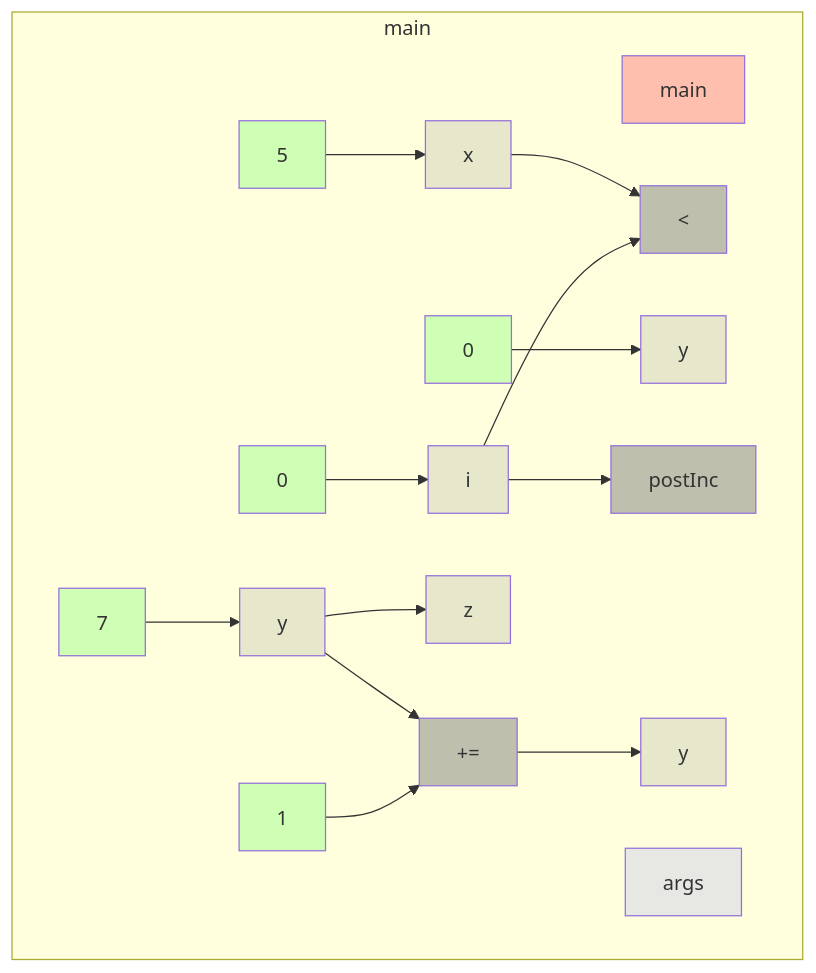
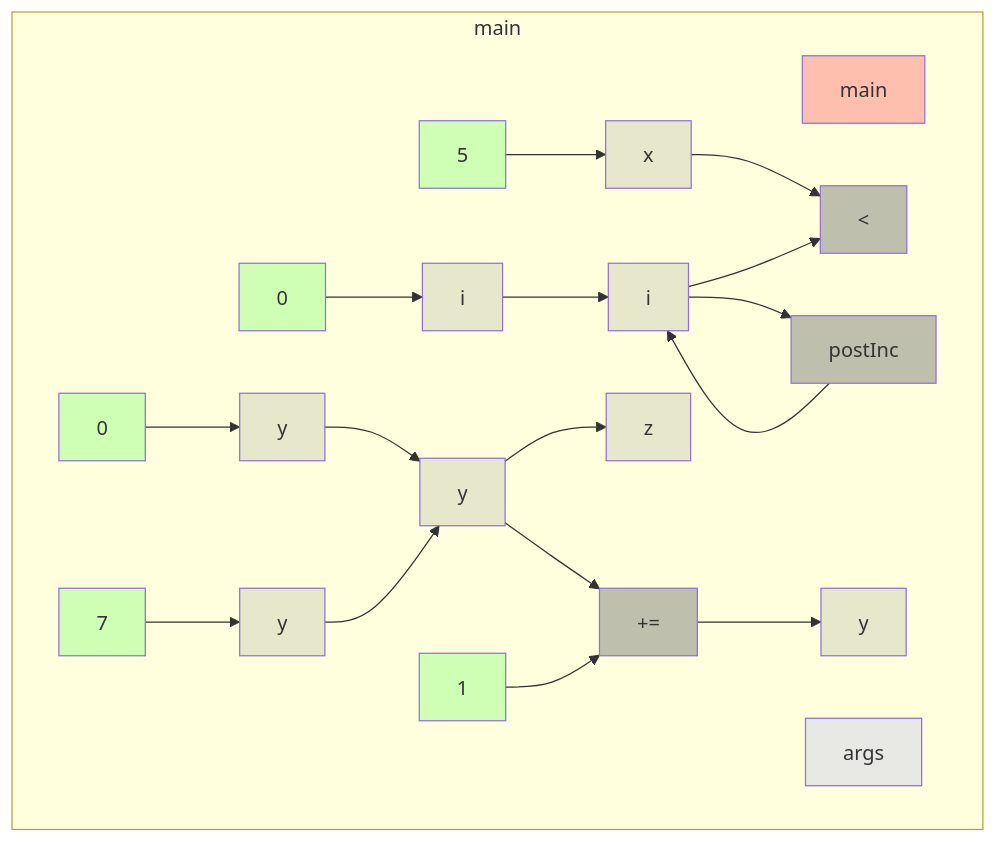
One commit to gstiebler/codeflow changed the diagram in app/src/test/resources/forLoop/truth.md. Above: the diagram before and after it, drawn with Mermaid. The commit also changed 9 other files, not shown here.

````diff
--- a/app/src/test/resources/forLoop/truth.md
+++ b/app/src/test/resources/forLoop/truth.md
@@ -1,39 +1,45 @@
 ```mermaid
 flowchart TD
   subgraph b0["main"]
     n1[main]:::RETURN
     n2[args]:::FUNC_PARAM
     n3[5]:::LITERAL
     n4[x]:::VARIABLE
     n5[0]:::LITERAL
     n6[y]:::VARIABLE
     n7[0]:::LITERAL
     n8[i]:::VARIABLE
-    n9[<]:::BIN_OP
-    n10[postInc]:::BIN_OP
-    n11[7]:::LITERAL
-    n12[y]:::VARIABLE
-    n13[z]:::VARIABLE
-    n14[1]:::LITERAL
-    n15[+=]:::BIN_OP
-    n16[y]:::VARIABLE
+    n9[y]:::VARIABLE
+    n10[i]:::VARIABLE
+    n11[<]:::BIN_OP
+    n12[7]:::LITERAL
+    n13[y]:::VARIABLE
+    n14[postInc]:::BIN_OP
+    n15[z]:::VARIABLE
+    n16[1]:::LITERAL
+    n17[+=]:::BIN_OP
+    n18[y]:::VARIABLE
     n3[5]:::LITERAL --> n4[x]:::VARIABLE
-    n4[x]:::VARIABLE --> n9[<]:::BIN_OP
+    n4[x]:::VARIABLE --> n11[<]:::BIN_OP
     n5[0]:::LITERAL --> n6[y]:::VARIABLE
+    n6[y]:::VARIABLE --> n9[y]:::VARIABLE
     n7[0]:::LITERAL --> n8[i]:::VARIABLE
-    n8[i]:::VARIABLE --> n9[<]:::BIN_OP
-    n8[i]:::VARIABLE --> n10[postInc]:::BIN_OP
-    n11[7]:::LITERAL --> n12[y]:::VARIABLE
-    n12[y]:::VARIABLE --> n13[z]:::VARIABLE
-    n12[y]:::VARIABLE --> n15[+=]:::BIN_OP
-    n14[1]:::LITERAL --> n15[+=]:::BIN_OP
-    n15[+=]:::BIN_OP --> n16[y]:::VARIABLE
+    n8[i]:::VARIABLE --> n10[i]:::VARIABLE
+    n9[y]:::VARIABLE --> n15[z]:::VARIABLE
+    n9[y]:::VARIABLE --> n17[+=]:::BIN_OP
+    n10[i]:::VARIABLE --> n11[<]:::BIN_OP
+    n10[i]:::VARIABLE --> n14[postInc]:::BIN_OP
+    n12[7]:::LITERAL --> n13[y]:::VARIABLE
+    n13[y]:::VARIABLE --> n9[y]:::VARIABLE
+    n14[postInc]:::BIN_OP --> n10[i]:::VARIABLE
+    n16[1]:::LITERAL --> n17[+=]:::BIN_OP
+    n17[+=]:::BIN_OP --> n18[y]:::VARIABLE
   end
   classDef LITERAL fill:#00FF0030
   classDef VARIABLE fill:#80808030
   classDef BIN_OP fill:#80808080
   classDef FUNC_PARAM fill:#8080FF30
   classDef RETURN fill:#FF808080
   classDef EXTERNAL fill:#FFA50040
   classDef UNMODELLED fill:#FF000030,stroke-dasharray: 4 2
 ```
````
